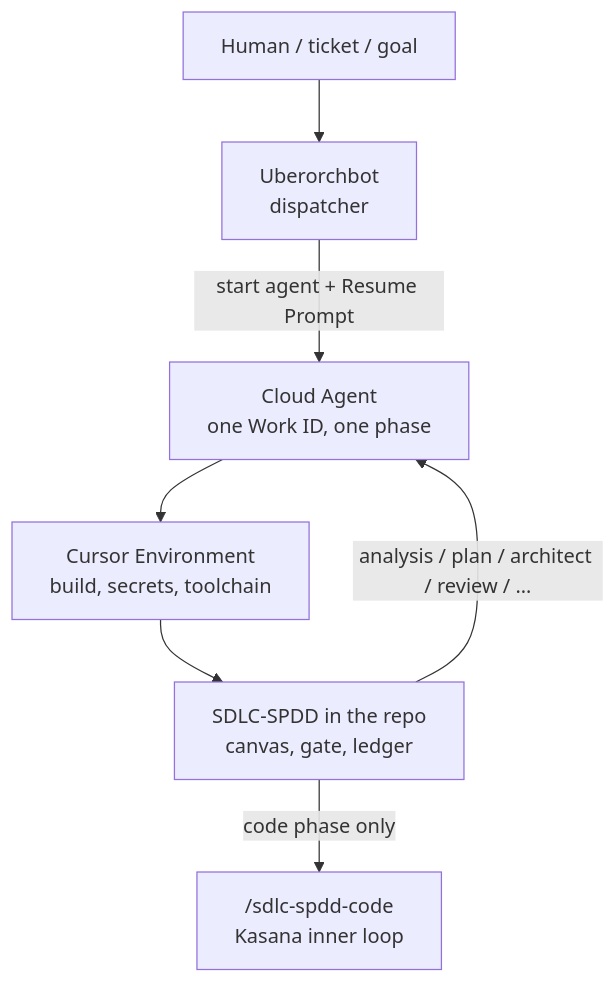
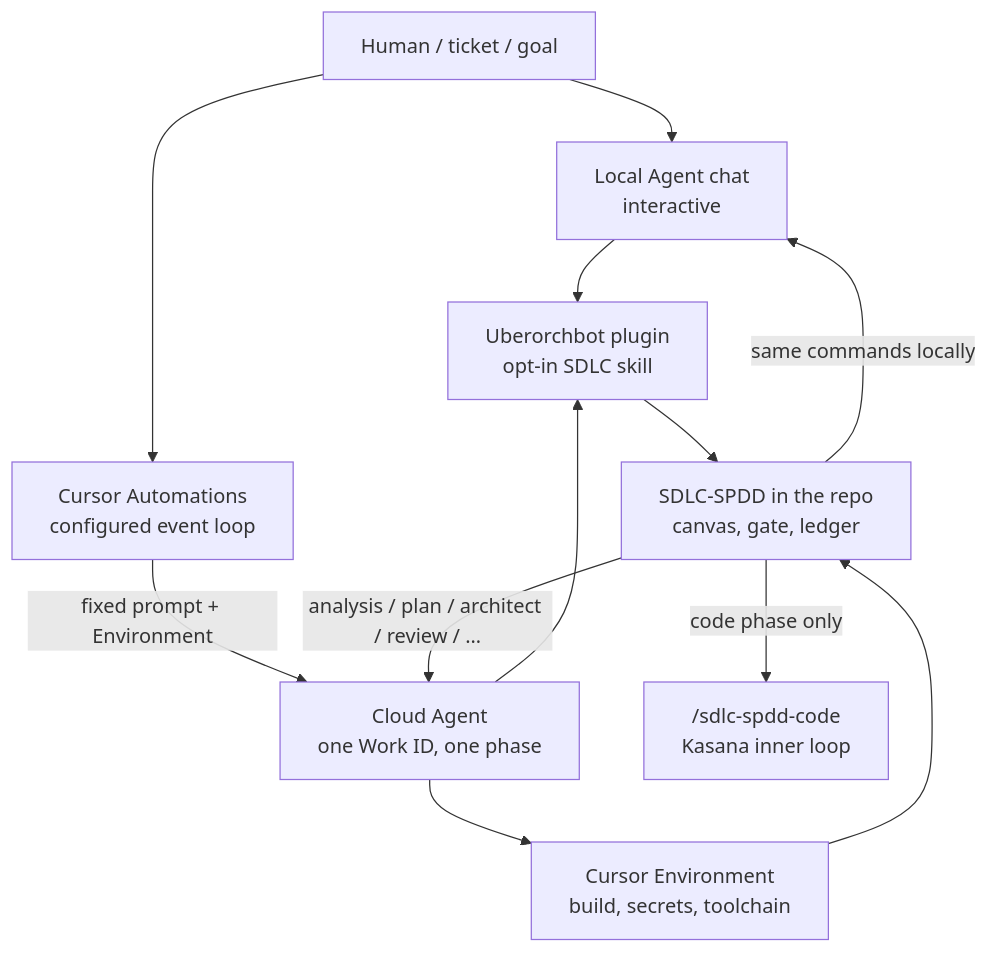
Before and after one commit to jmjava/sdlc-spdd-orchestrator: the diagram in docs/blog/cloud-agents-as-the-sdlc-platform.md, drawn with Mermaid. The commit also changed other lines of this file and 28 other files, not shown here.

````diff
--- a/docs/blog/cloud-agents-as-the-sdlc-platform.md
+++ b/docs/blog/cloud-agents-as-the-sdlc-platform.md
@@ -21,16 +21,23 @@
 ```mermaid
 flowchart TB
   human[Human / ticket / goal]
-  uber[Uberorchbot<br/>dispatcher]
+  local[Local Agent chat<br/>interactive]
+  auto[Cursor Automations<br/>configured event loop]
   env[Cursor Environment<br/>build, secrets, toolchain]
   agent[Cloud Agent<br/>one Work ID, one phase]
+  plugin[Uberorchbot plugin<br/>opt-in SDLC skill]
   spdd[SDLC-SPDD in the repo<br/>canvas, gate, ledger]
   code["/sdlc-spdd-code<br/>Kasana inner loop"]
 
-  human --> uber
-  uber -->|"start agent + Resume Prompt"| agent
+  human --> local
+  human --> auto
+  auto -->|"fixed prompt + Environment"| agent
   agent --> env
+  local --> plugin
+  agent --> plugin
   env --> spdd
+  plugin --> spdd
   spdd -->|"analysis / plan / architect / review / …"| agent
+  spdd -->|"same commands locally"| local
   spdd -->|"code phase only"| code
 ```
````
